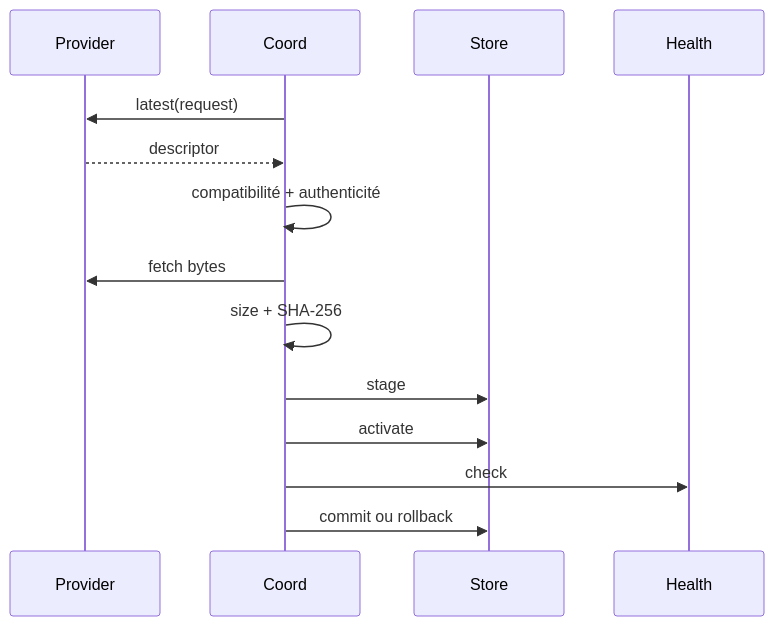
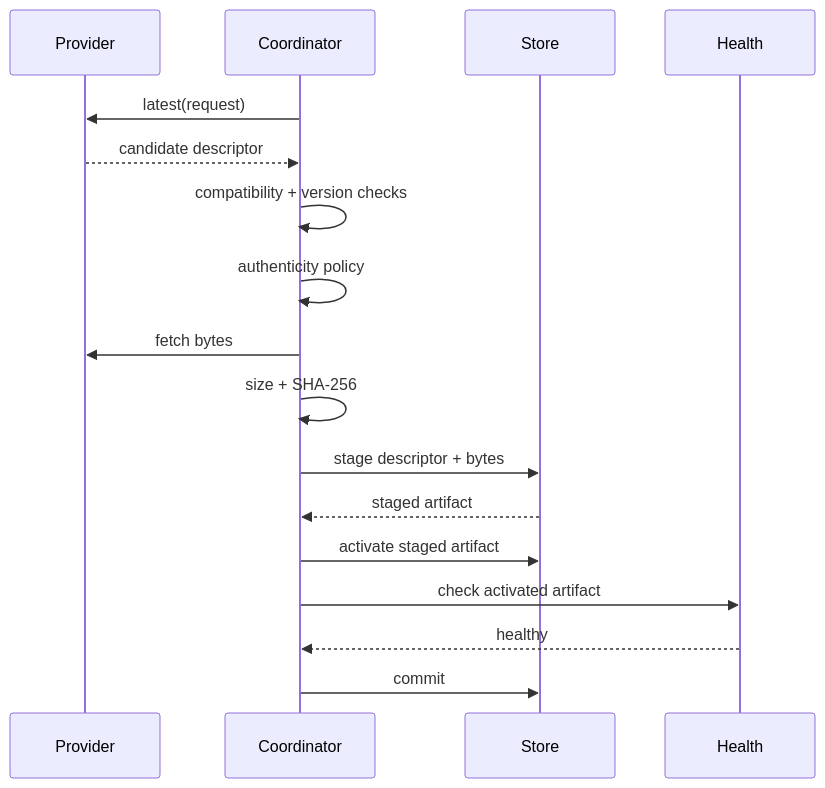
Before and after one commit to dnettoRaw/appcore-wiki: the diagram in i18n/fr/docusaurus-plugin-content-docs/current/architecture/updates.md, drawn with Mermaid. The commit also changed other lines of this file and 12 other files, not shown here.

````diff
--- a/i18n/fr/docusaurus-plugin-content-docs/current/architecture/updates.md
+++ b/i18n/fr/docusaurus-plugin-content-docs/current/architecture/updates.md
@@ -12,16 +49,20 @@
 ```mermaid
 sequenceDiagram
     participant Provider
-    participant Coord
+    participant Coordinator
     participant Store
     participant Health
-    Coord->>Provider: latest(request)
-    Provider-->>Coord: descriptor
-    Coord->>Coord: compatibilité + authenticité
-    Coord->>Provider: fetch bytes
-    Coord->>Coord: size + SHA-256
-    Coord->>Store: stage
-    Coord->>Store: activate
-    Coord->>Health: check
-    Coord->>Store: commit ou rollback
+
+    Coordinator->>Provider: latest(request)
+    Provider-->>Coordinator: candidate descriptor
+    Coordinator->>Coordinator: compatibility + version checks
+    Coordinator->>Coordinator: authenticity policy
+    Coordinator->>Provider: fetch bytes
+    Coordinator->>Coordinator: size + SHA-256
+    Coordinator->>Store: stage descriptor + bytes
+    Store-->>Coordinator: staged artifact
+    Coordinator->>Store: activate staged artifact
+    Coordinator->>Health: check activated artifact
+    Health-->>Coordinator: healthy
+    Coordinator->>Store: commit
 ```
````
